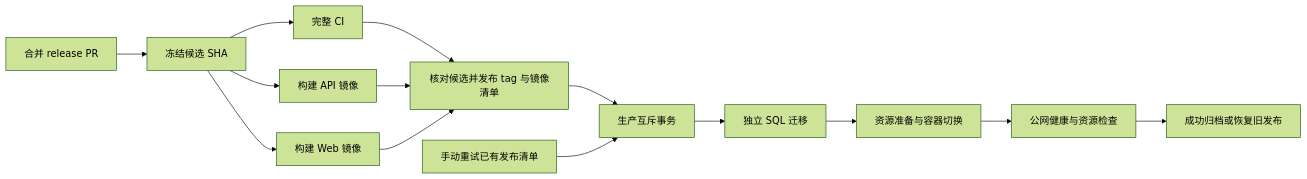
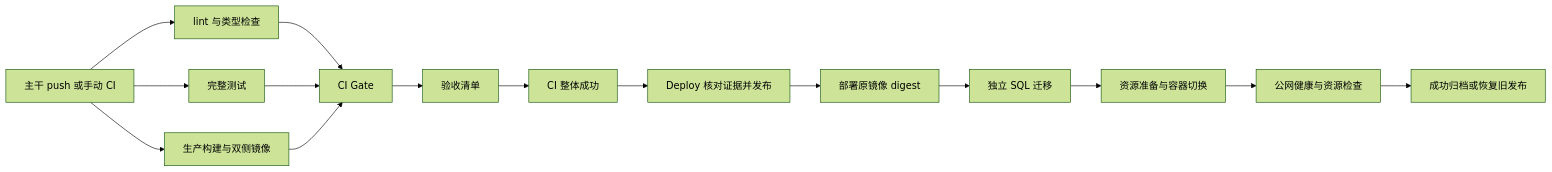
One commit to VOD-Studio/violet changed the diagram in docs/deploy/release-runbook.md. Above: the diagram before and after it, drawn with Mermaid (forest theme). The commit also changed other lines of this file and 12 other files, not shown here.

````diff
--- a/docs/deploy/release-runbook.md
+++ b/docs/deploy/release-runbook.md
@@ -12,16 +12,17 @@
 ```mermaid
 flowchart LR
-    A[合并 release PR] --> P[冻结候选 SHA]
-    P --> C[完整 CI]
-    P --> B[构建 API 镜像]
-    P --> W[构建 Web 镜像]
-    C --> V[核对候选并发布 tag 与镜像清单]
-    B --> V
-    W --> V
-    V --> D[生产互斥事务]
-    R[手动重试已有发布清单] --> D
+    A[主干 push 或手动 CI] --> L[lint 与类型检查]
+    A --> T[完整测试]
+    A --> B[生产构建与双侧镜像]
+    L --> G[CI Gate]
+    T --> G
+    B --> G
+    G --> E[验收清单]
+    E --> C[CI 整体成功]
+    C --> V[Deploy 核对证据并发布]
+    V --> D[部署原镜像 digest]
     D --> M[独立 SQL 迁移]
     M --> S[资源准备与容器切换]
     S --> H[公网健康与资源检查]
     H --> F[成功归档或恢复旧发布]
 ```
````
